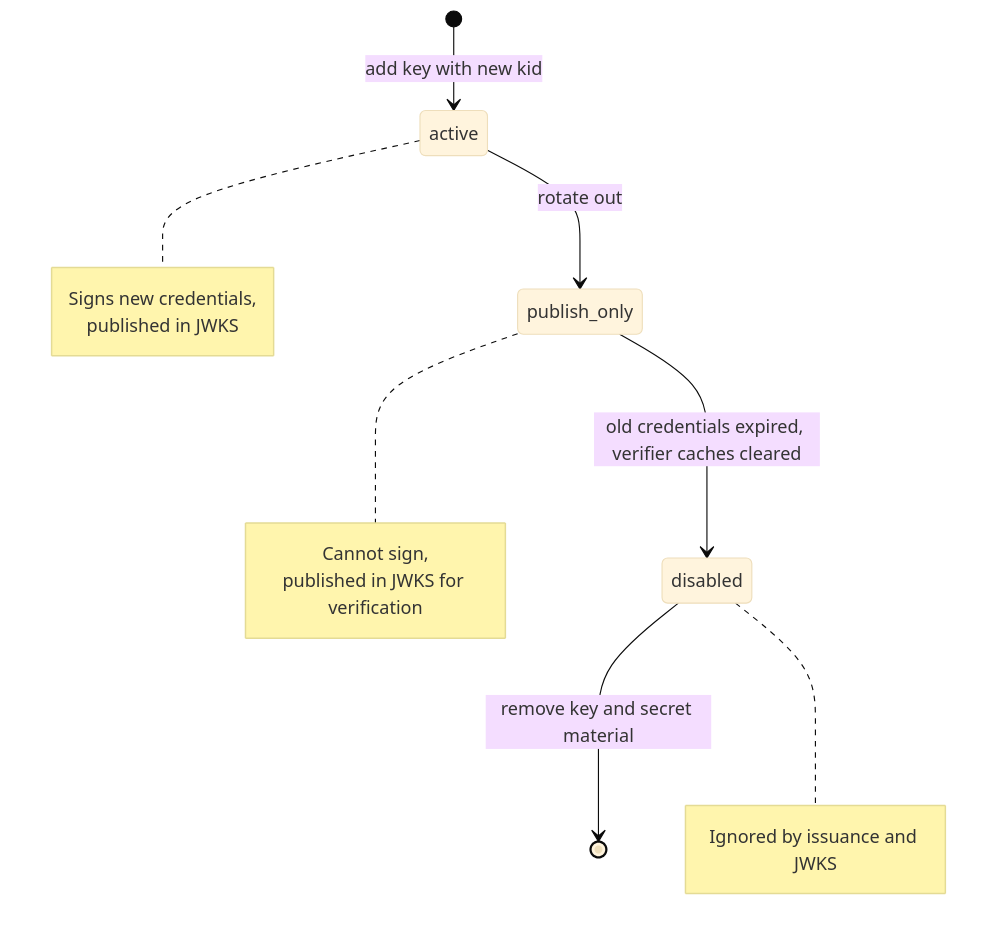
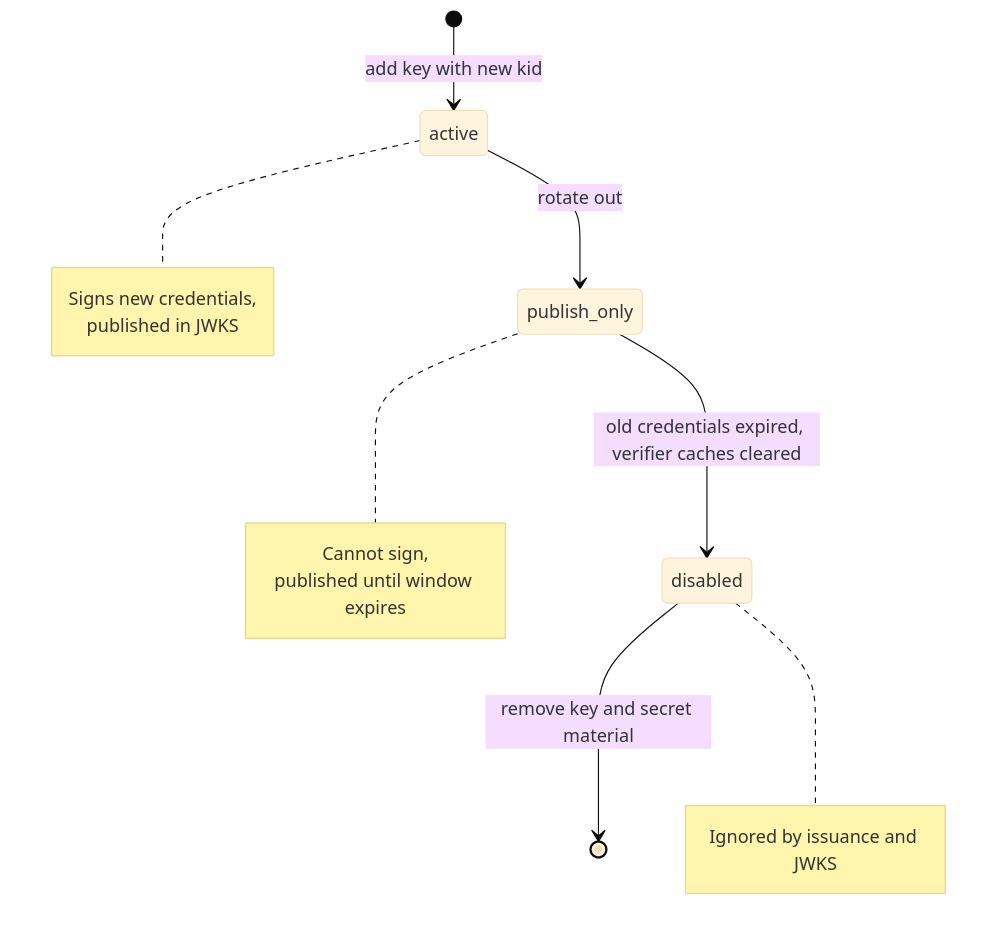
One commit to jeremi/registry-notary changed the diagram in docs/signing-key-provider.md. Above: the diagram before and after it, drawn with Mermaid (base theme). The commit also changed other lines of this file and 22 other files, not shown here.

````diff
--- a/docs/signing-key-provider.md
+++ b/docs/signing-key-provider.md
@@ -134,19 +140,19 @@
 ```mermaid
 stateDiagram-v2
   [*] --> active: add key with new kid
   active --> publish_only: rotate out
   publish_only --> disabled: old credentials expired, verifier caches cleared
   disabled --> [*]: remove key and secret material
 
   note right of active
     Signs new credentials,
     published in JWKS
   end note
   note right of publish_only
     Cannot sign,
-    published in JWKS for verification
+    published until window expires
   end note
   note right of disabled
     Ignored by issuance and JWKS
   end note
 ```
````
